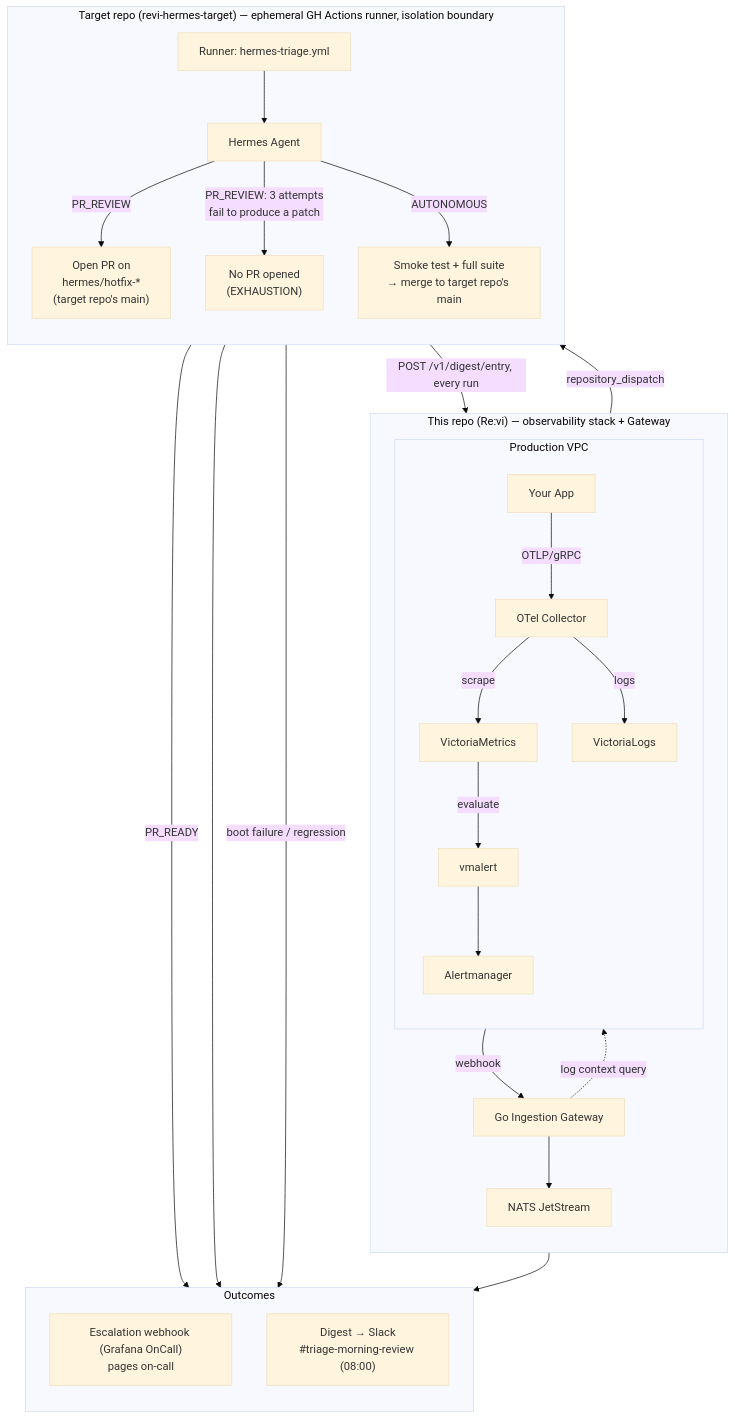
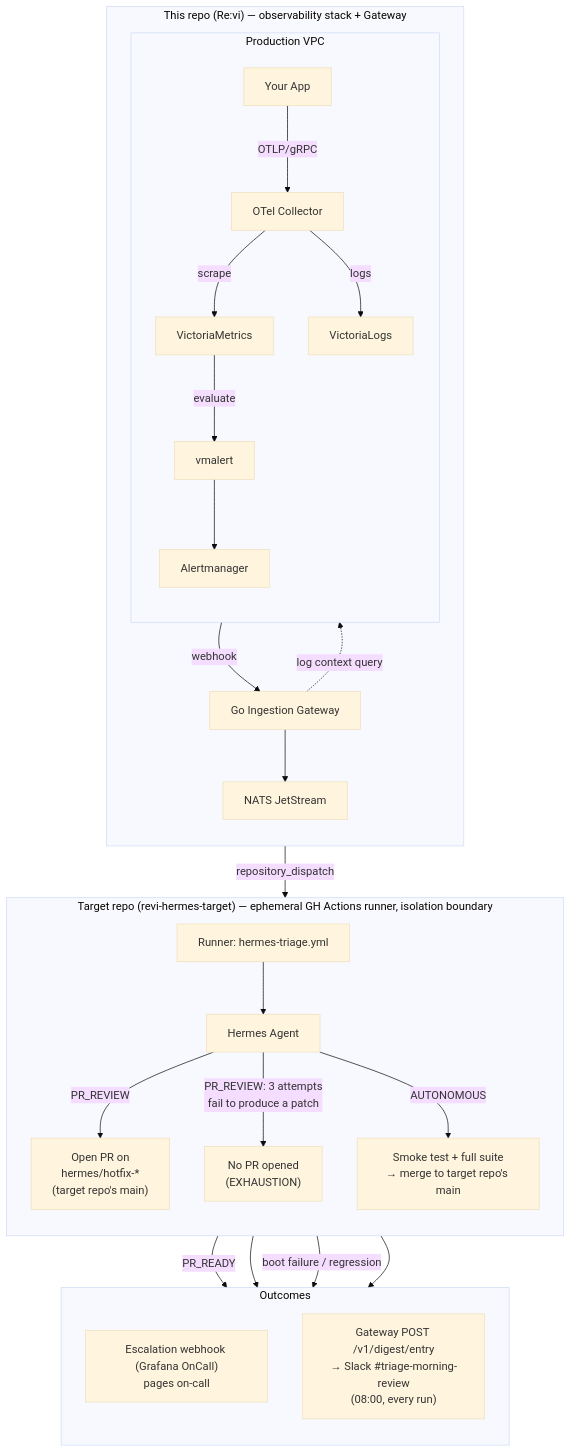
One commit to bookang869/Re-vi changed the diagram in README.md. Above: the diagram before and after it, drawn with Mermaid (base theme).

Commit message:
docs(readme): break cyclic edge in diagram to fix cross-renderer overlap
The digest POST looping back to the Gateway node created a cycle
(THISREPO -> TARGETREPO -> THISREPO) that different mermaid renderers
(GitHub, editor previews, CLI) resolved inconsistently, colliding the
target-repo subgraph title with the Runner node. Fold the "via Gateway"
detail into the Digest node's label instead so the graph is acyclic and
lays out the same everywhere.

````diff
--- a/README.md
+++ b/README.md
@@ -46,40 +46,39 @@
 ```mermaid
 flowchart TD
     subgraph THISREPO["This repo (Re:vi) — observability stack + Gateway"]
         direction TB
         subgraph VPC["Production VPC"]
             direction TB
             App["Your App"] -->|OTLP/gRPC| Otel["OTel Collector"]
             Otel -->|scrape| VM["VictoriaMetrics"]
             Otel -->|logs| VL["VictoriaLogs"]
             VM -->|evaluate| vmalert["vmalert"]
             vmalert --> AM["Alertmanager"]
         end
 
         AM -->|webhook| GW["Go Ingestion Gateway"]
         GW -.->|log context query| VL
         GW --> NATS["NATS JetStream"]
     end
 
     NATS -->|repository_dispatch| GHA
 
     subgraph TARGETREPO["Target repo (revi-hermes-target) — ephemeral GH Actions runner, isolation boundary"]
         direction TB
         GHA["Runner: hermes-triage.yml"] --> Hermes["Hermes Agent"]
         Hermes -->|PR_REVIEW| PR["Open PR on<br/>hermes/hotfix-*<br/>(target repo's main)"]
         Hermes -->|"PR_REVIEW: 3 attempts<br/>fail to produce a patch"| Exhaustion["No PR opened<br/>(EXHAUSTION)"]
         Hermes -->|AUTONOMOUS| Merge["Smoke test + full suite<br/>→ merge to target repo's main"]
     end
 
     subgraph OUT["Outcomes"]
         direction TB
         ESC["Escalation webhook (Grafana OnCall)<br/>pages on-call"]
-        Digest["Digest → Slack<br/>#triage-morning-review (08:00)"]
+        Digest["Gateway POST /v1/digest/entry<br/>→ Slack #triage-morning-review<br/>(08:00, every run)"]
     end
 
     PR -->|PR_READY| ESC
     Exhaustion --> ESC
     Merge -->|"boot failure / regression"| ESC
-    GHA -->|POST /v1/digest/entry, every run| GW
-    GW --> Digest
+    GHA --> Digest
 ```
````
